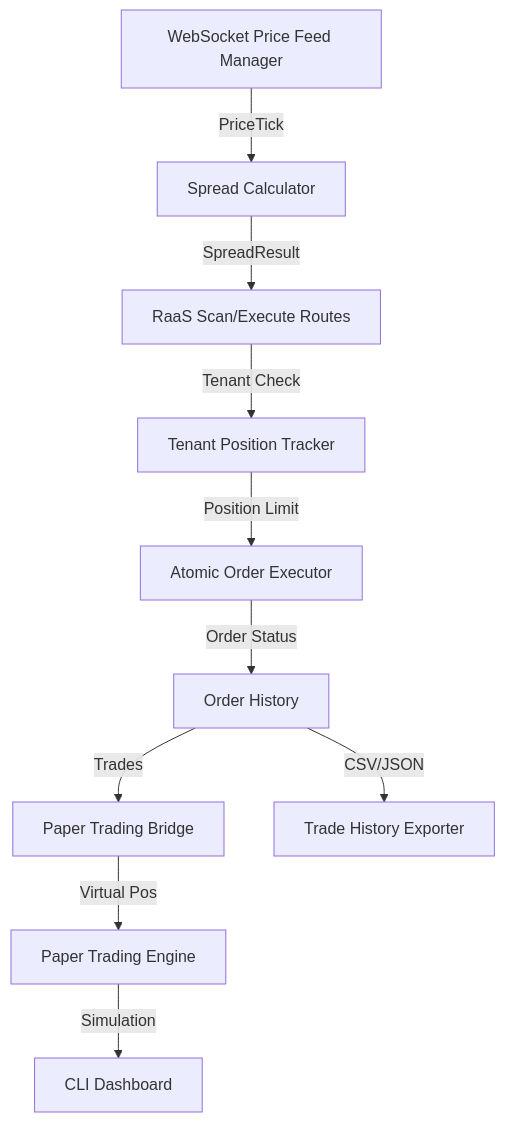
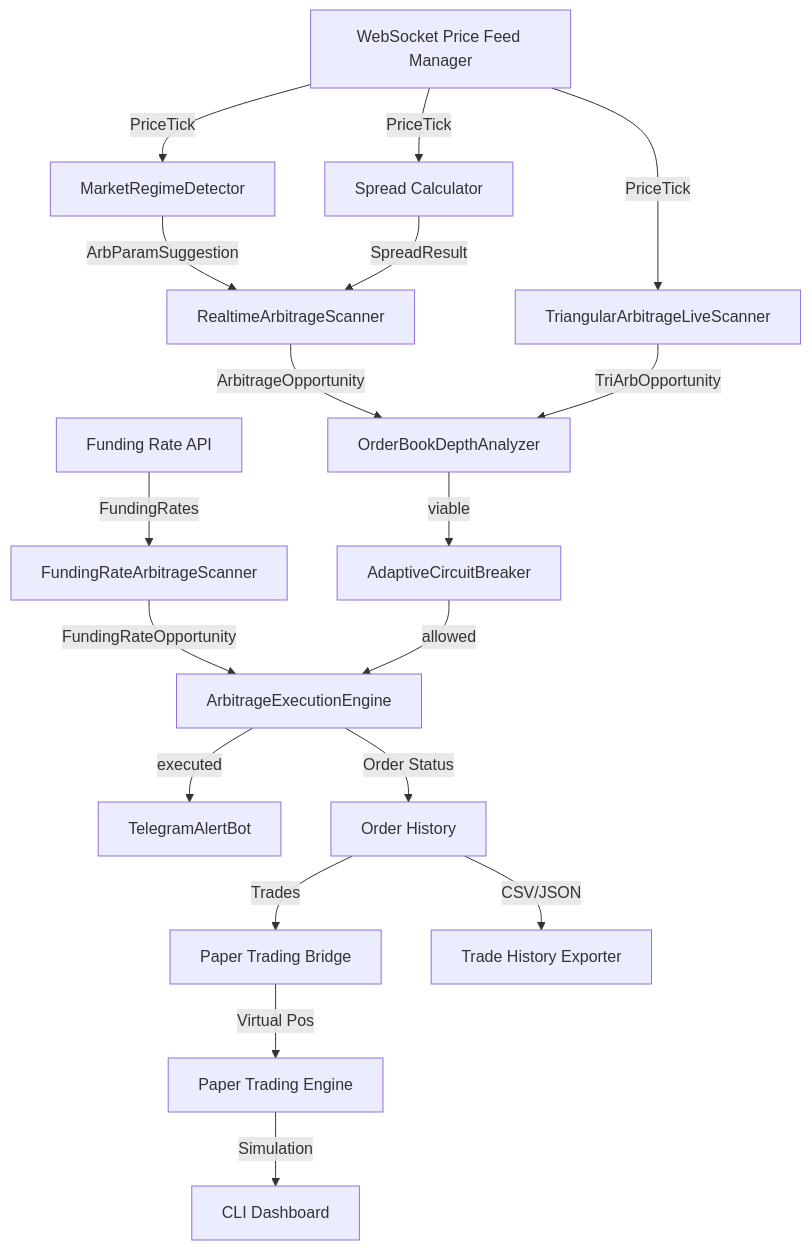
The diagram in apps/algo-trader/docs/system-architecture.md (minhlongs/mekong-cli), drawn with Mermaid before and after one commit. The commit also changed other lines of this file and 5 other files, not shown here.

````diff
--- a/apps/algo-trader/docs/system-architecture.md
+++ b/apps/algo-trader/docs/system-architecture.md
@@ -9,12 +10,20 @@
 ```mermaid
 graph TD
-    WS[WebSocket Price Feed Manager] -->|PriceTick| SC[Spread Calculator]
-    SC -->|SpreadResult| RSE[RaaS Scan/Execute Routes]
-    RSE -->|Tenant Check| TPT[Tenant Position Tracker]
-    TPT -->|Position Limit| EOE[Atomic Order Executor]
-    EOE -->|Order Status| OH[Order History]
+    WS[WebSocket Price Feed Manager] -->|PriceTick| MRD[MarketRegimeDetector]
+    WS -->|PriceTick| SC[Spread Calculator]
+    WS -->|PriceTick| TAS[TriangularArbitrageLiveScanner]
+    API[Funding Rate API] -->|FundingRates| FRS[FundingRateArbitrageScanner]
+    MRD -->|ArbParamSuggestion| RAS[RealtimeArbitrageScanner]
+    SC -->|SpreadResult| RAS
+    RAS -->|ArbitrageOpportunity| OBDA[OrderBookDepthAnalyzer]
+    TAS -->|TriArbOpportunity| OBDA
+    FRS -->|FundingRateOpportunity| AEE[ArbitrageExecutionEngine]
+    OBDA -->|viable| CB[AdaptiveCircuitBreaker]
+    CB -->|allowed| AEE
+    AEE -->|executed| TAB[TelegramAlertBot]
+    AEE -->|Order Status| OH[Order History]
     OH -->|Trades| PTB[Paper Trading Bridge]
     PTB -->|Virtual Pos| PTD[Paper Trading Engine]
     PTD -->|Simulation| DAS[CLI Dashboard]
     OH -->|CSV/JSON| ATE[Trade History Exporter]
 ```
````
